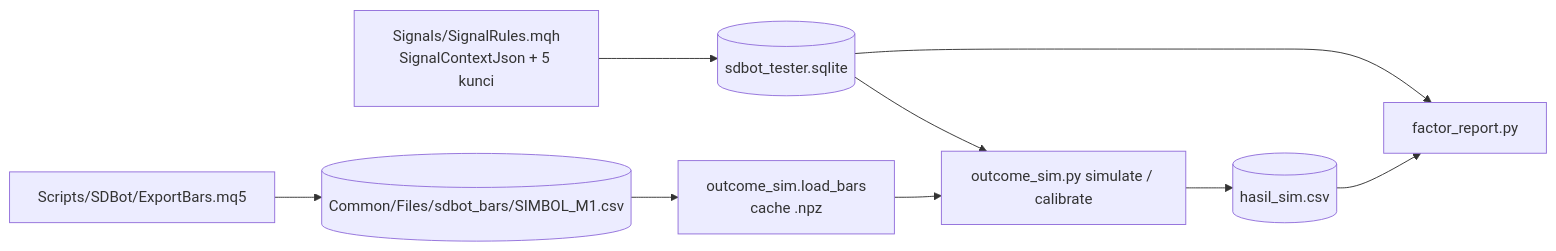
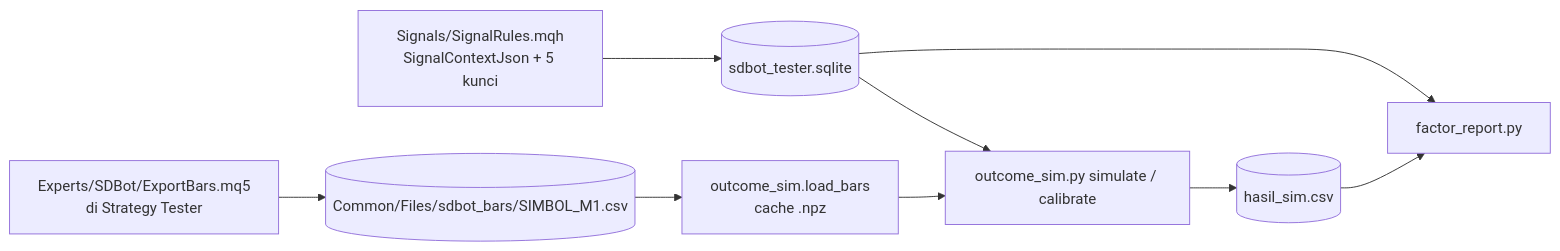
The diagram in sdbot/specs/ea-31-candidate-outcomes/design.md (ndra969/trading-bot), drawn with Mermaid before and after one commit. The commit also changed other lines of this file and 21 other files, not shown here.

````diff
--- a/sdbot/specs/ea-31-candidate-outcomes/design.md
+++ b/sdbot/specs/ea-31-candidate-outcomes/design.md
@@ -16,11 +16,11 @@
 ```mermaid
 flowchart LR
     SR[Signals/SignalRules.mqh<br/>SignalContextJson + 5 kunci] --> TDB[(sdbot_tester.sqlite)]
-    EB[Scripts/SDBot/ExportBars.mq5] --> CSV[(Common/Files/sdbot_bars/SIMBOL_M1.csv)]
+    EB[Experts/SDBot/ExportBars.mq5<br/>di Strategy Tester] --> CSV[(Common/Files/sdbot_bars/SIMBOL_M1.csv)]
     CSV --> BL[outcome_sim.load_bars<br/>cache .npz]
     TDB --> OS[outcome_sim.py simulate / calibrate]
     BL --> OS
     OS --> RES[(hasil_sim.csv)]
     RES --> FR[factor_report.py]
     TDB --> FR
 ```
````
